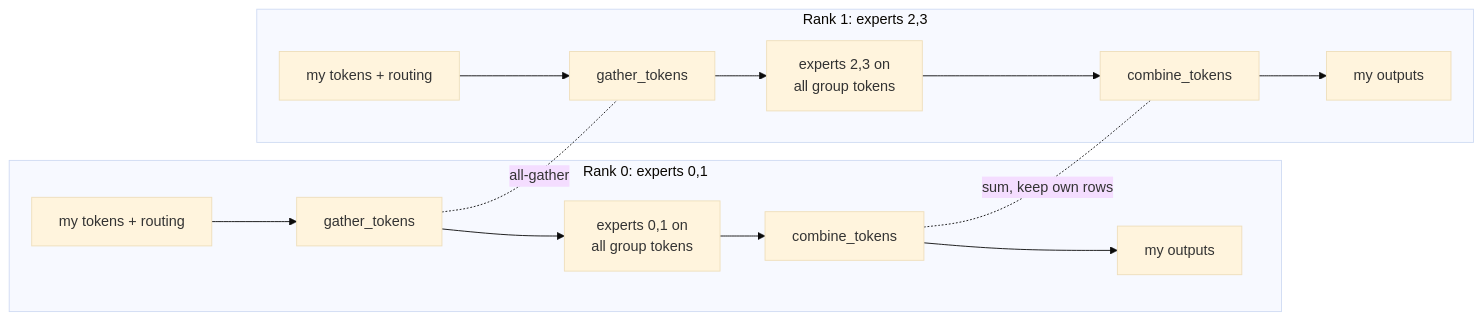
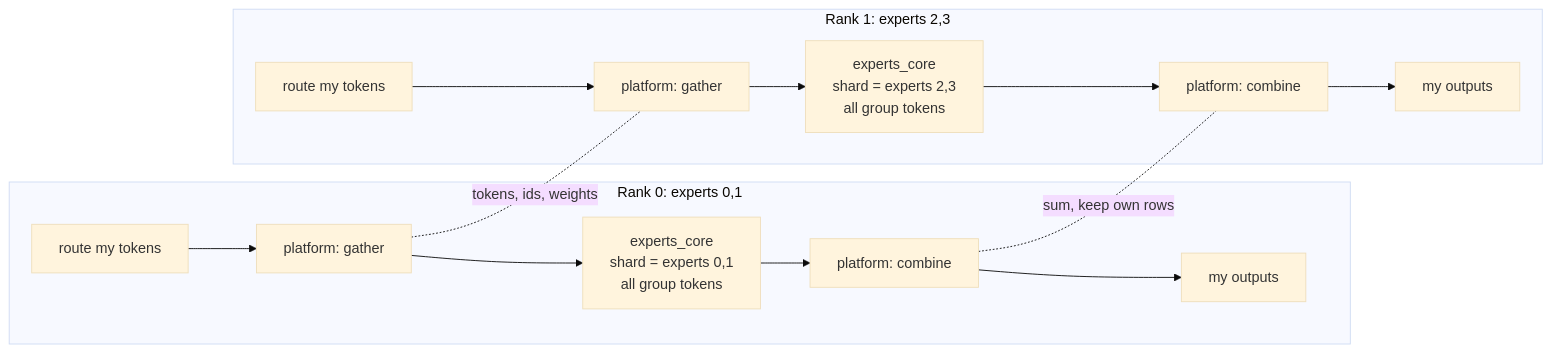
Before and after one commit to Snowflake-AI-Research/Arctic-Platform: the sixth of 10 diagrams in docs/model-plugins/spec.md, drawn with Mermaid (base theme). The commit also changed other lines of this file and 19 other files, not shown here.

````diff
--- a/docs/model-plugins/spec.md
+++ b/docs/model-plugins/spec.md
@@ -311,13 +370,13 @@
 ```mermaid
 flowchart LR
     subgraph r0["Rank 0: experts 0,1"]
-        T0["my tokens + routing"] --> G0["gather_tokens"]
-        G0 --> E0["experts 0,1 on<br/>all group tokens"] --> C0["combine_tokens"] --> Y0["my outputs"]
+        T0["route my tokens"] --> G0["platform: gather"]
+        G0 --> E0["experts_core<br/>shard = experts 0,1<br/>all group tokens"] --> C0["platform: combine"] --> Y0["my outputs"]
     end
     subgraph r1["Rank 1: experts 2,3"]
-        T1["my tokens + routing"] --> G1["gather_tokens"]
-        G1 --> E1["experts 2,3 on<br/>all group tokens"] --> C1["combine_tokens"] --> Y1["my outputs"]
+        T1["route my tokens"] --> G1["platform: gather"]
+        G1 --> E1["experts_core<br/>shard = experts 2,3<br/>all group tokens"] --> C1["platform: combine"] --> Y1["my outputs"]
     end
-    G0 -.-|all-gather| G1
+    G0 -.-|tokens, ids, weights| G1
     C0 -.-|sum, keep own rows| C1
 ```
````
